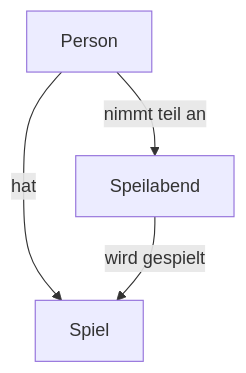
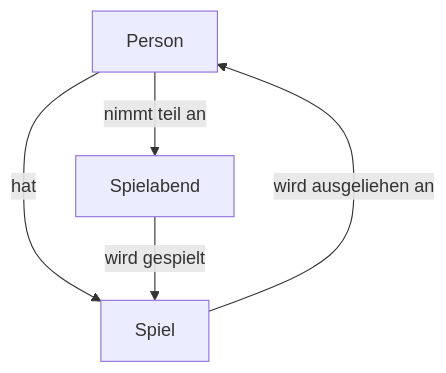
One commit to spielsteinar/spielstein.ch changed the diagram in docs/club/idee/index.md. Above: the diagram before and after it, drawn with Mermaid.

Commit message:
feat: Add "Spiel" relationship to "Event" in "Idee" page

````diff
--- a/docs/club/idee/index.md
+++ b/docs/club/idee/index.md
@@ -7,7 +7,8 @@
 ``` mermaid
 graph TD
     Person --->|hat|Spiel
-    Event["Speilabend"]
+    Event["Spielabend"]
     Person -->|nimmt teil an|Event
     Event -->|wird gespielt|Spiel
+    Spiel -->|wird ausgeliehen an|Person
 ```
````
